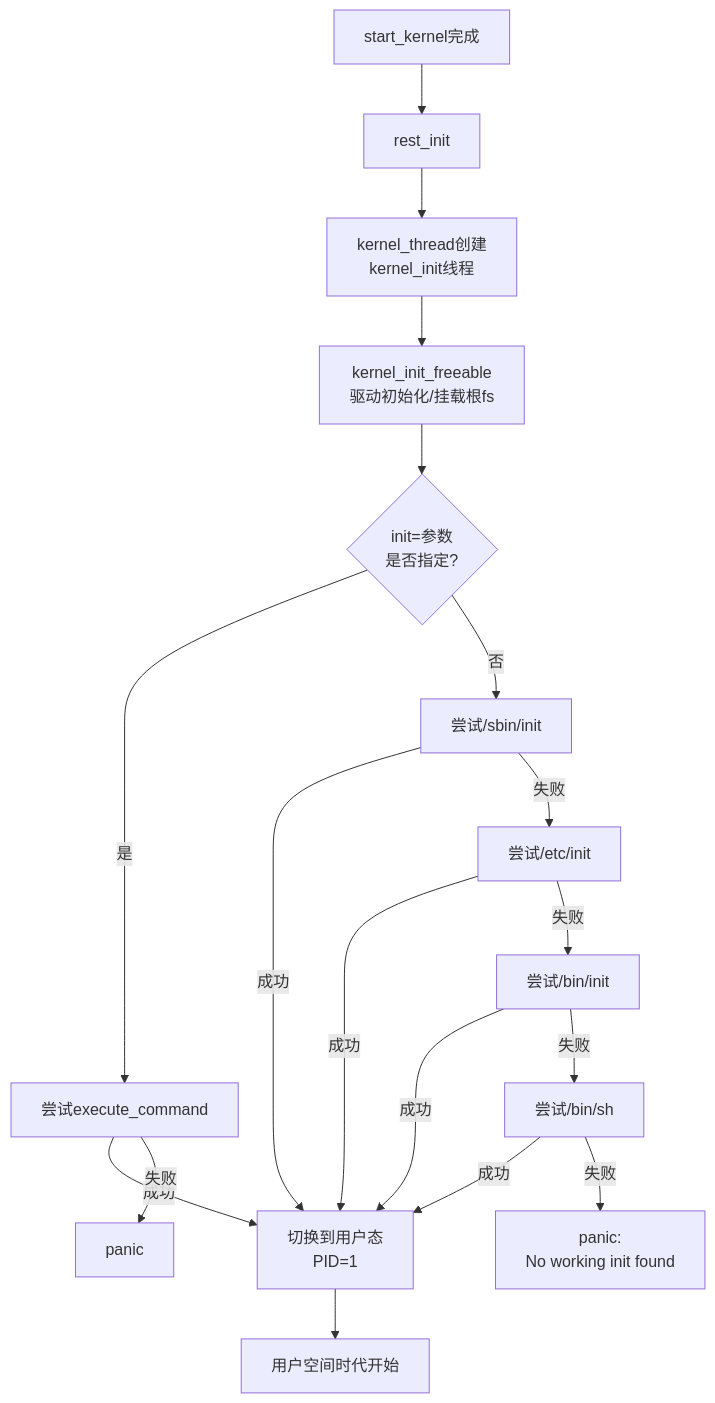
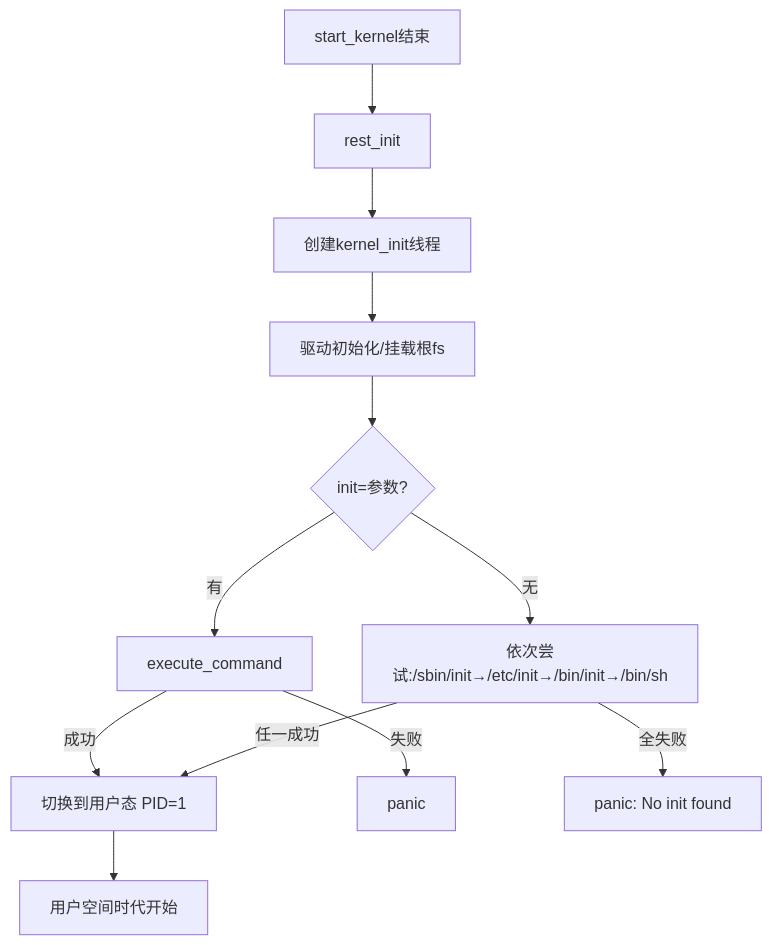
Before and after one commit to xiaohong0925/Embedded_Knowledge_System_V2026: the diagram in docs/01-系统启动与运行/第5章 根文件系统与初始化/5.1.2_init进程_Linux世界的亚当.md, drawn with Mermaid. The commit also changed other lines of this file and 25 other files, not shown here.

````diff
--- a/docs/01-系统启动与运行/第5章 根文件系统与初始化/5.1.2_init进程_Linux世界的亚当.md
+++ b/docs/01-系统启动与运行/第5章 根文件系统与初始化/5.1.2_init进程_Linux世界的亚当.md
@@ -71,20 +72,14 @@
 ```mermaid
 flowchart TD
-    A[start_kernel完成] --> B[rest_init]
-    B --> C[kernel_thread创建<BR>kernel_init线程]
-    C --> D[kernel_init_freeable<BR>驱动初始化/挂载根fs]
-    D --> E{init=参数<BR>是否指定?}
-    E -->|是| F[尝试execute_command]
-    E -->|否| G[尝试/sbin/init]
-    F -->|成功| H[切换到用户态<BR>PID=1]
+    A[start_kernel结束] --> B[rest_init]
+    B --> C[创建kernel_init线程]
+    C --> D[驱动初始化/挂载根fs]
+    D --> E{init=参数?}
+    E -->|有| F[execute_command]
+    E -->|无| G[依次尝试:/sbin/init→/etc/init→/bin/init→/bin/sh]
+    F -->|成功| H[切换到用户态 PID=1]
     F -->|失败| I[panic]
-    G -->|成功| H
-    G -->|失败| J[尝试/etc/init]
-    J -->|成功| H
-    J -->|失败| K[尝试/bin/init]
-    K -->|成功| H
-    K -->|失败| L[尝试/bin/sh]
-    L -->|成功| H
-    L -->|失败| M[panic:<BR>No working init found]
-    H --> N[用户空间时代开始]
+    G -->|任一成功| H
+    G -->|全失败| J[panic: No init found]
+    H --> K[用户空间时代开始]
 ```
````
